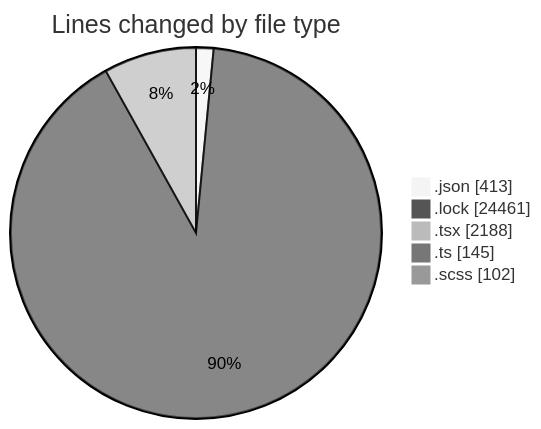
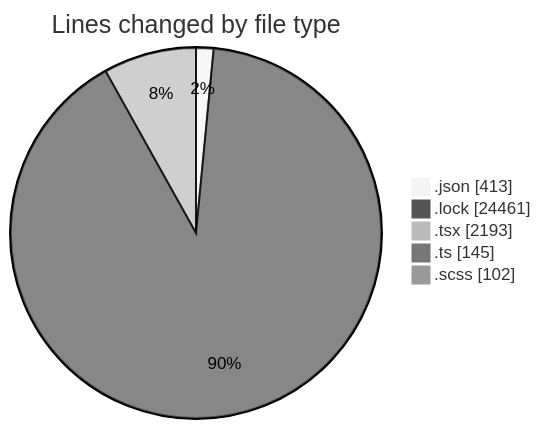
Before and after one commit to momahboobian/code-tracking: the first of 2 diagrams in 2026-05-14/cda/README.md, drawn with Mermaid (neutral theme). The commit also changed other lines of this file and 1 other file, not shown here.

````diff
--- a/2026-05-14/cda/README.md
+++ b/2026-05-14/cda/README.md
@@ -38,9 +38,9 @@
 ```mermaid
 pie showData
 title Lines changed by file type
 ".json" : 413
 ".lock" : 24461
-".tsx" : 2188
+".tsx" : 2193
 ".ts" : 145
 ".scss" : 102
 ```
````
